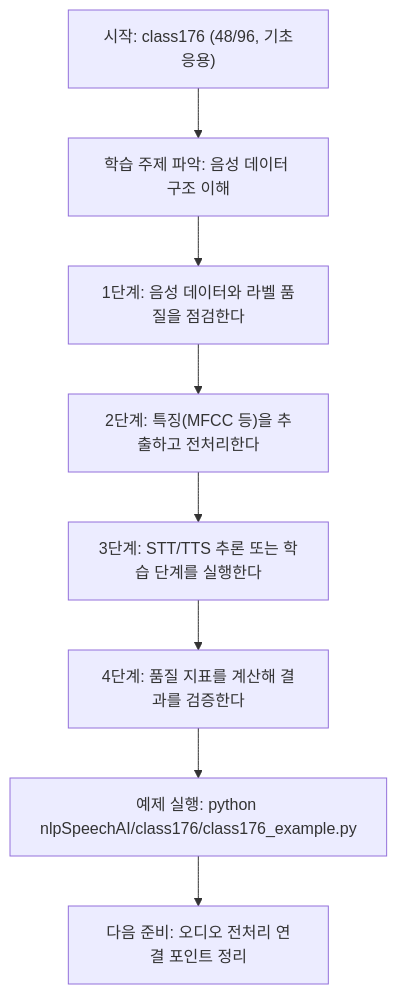
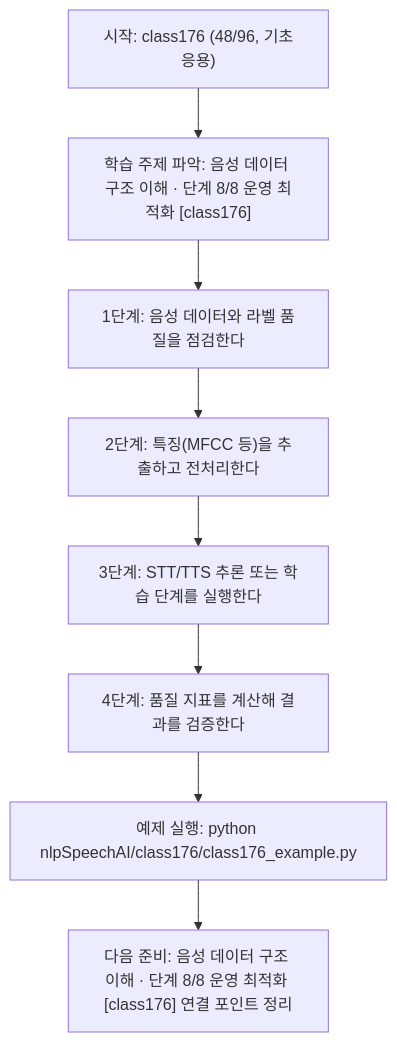
Before and after one commit to edumgt/Python-AI_Agent-Class: the diagram in nlpSpeechAI/class176/class176.md, drawn with Mermaid. The commit also changed other lines of this file and 522 other files, not shown here.

````diff
--- a/nlpSpeechAI/class176/class176.md
+++ b/nlpSpeechAI/class176/class176.md
@@ -114,18 +115,18 @@
 ```mermaid
 flowchart TD
 N1["시작: class176 (48/96, 기초응용)"]
-N2["학습 주제 파악: 음성 데이터 구조 이해"]
+N2["학습 주제 파악: 음성 데이터 구조 이해 · 단계 8/8 운영 최적화 [class176]"]
 N3["1단계: 음성 데이터와 라벨 품질을 점검한다"]
 N4["2단계: 특징(MFCC 등)을 추출하고 전처리한다"]
 N5["3단계: STT/TTS 추론 또는 학습 단계를 실행한다"]
 N6["4단계: 품질 지표를 계산해 결과를 검증한다"]
 N7["예제 실행: python nlpSpeechAI/class176/class176_example.py"]
-N8["다음 준비: 오디오 전처리 연결 포인트 정리"]
+N8["다음 준비: 음성 데이터 구조 이해 · 단계 8/8 운영 최적화 [class176] 연결 포인트 정리"]
 N1 --> N2
 N2 --> N3
 N3 --> N4
 N4 --> N5
 N5 --> N6
 N6 --> N7
 N7 --> N8
 ```
````
